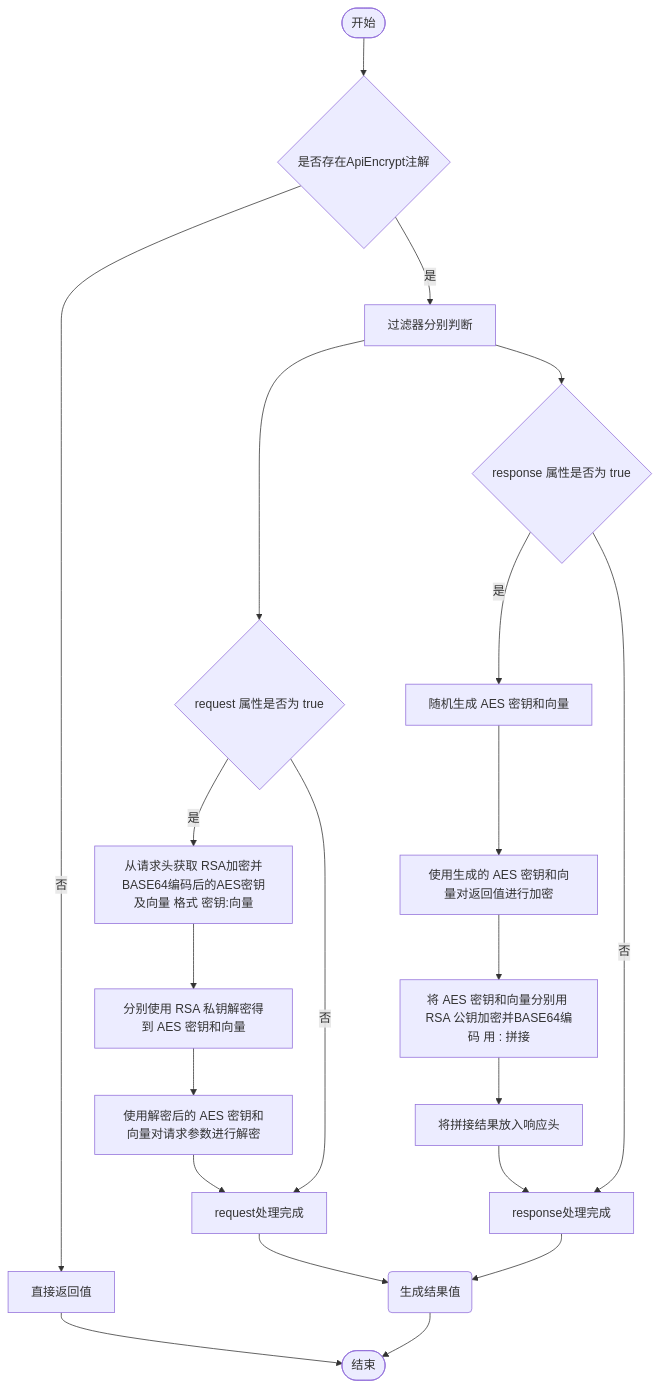
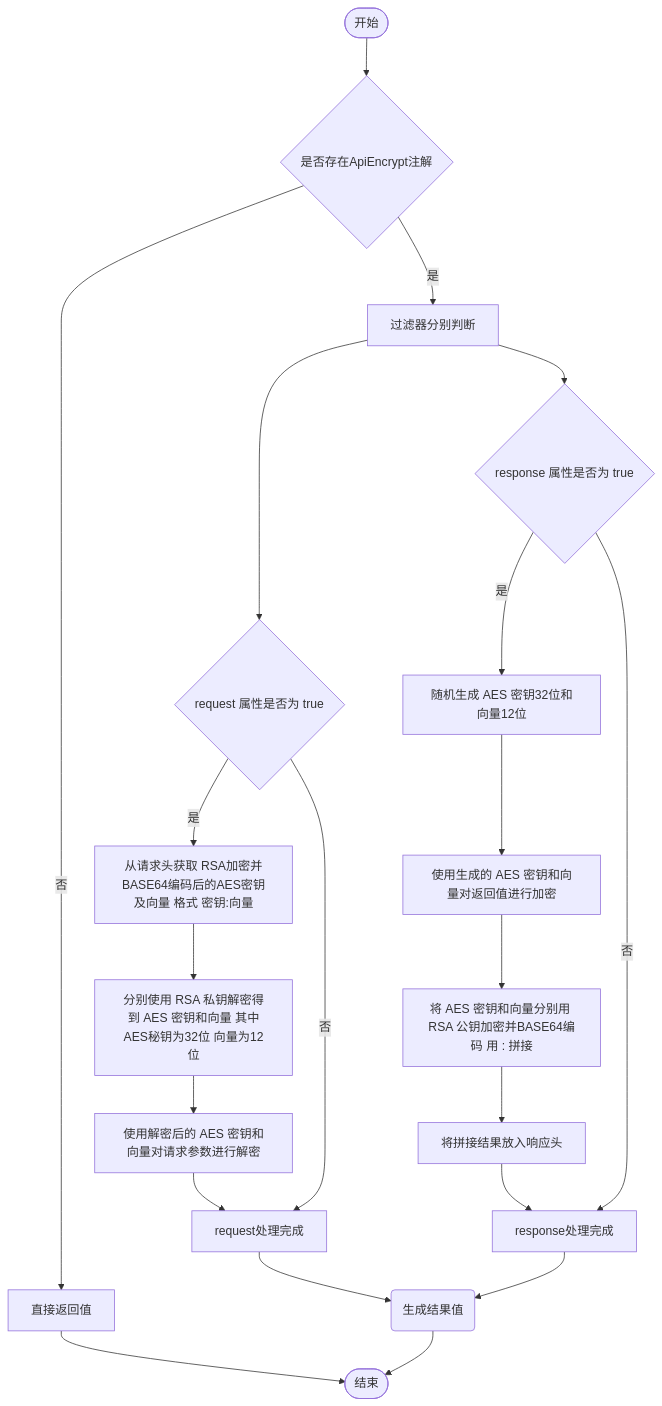
The diagram in README.md (lucknhb/nhb-common), drawn with Mermaid before and after one commit. The commit also changed other lines of this file and 4 other files, not shown here.

````diff
--- a/README.md
+++ b/README.md
@@ -549,24 +549,24 @@
    ```mermaid
    graph TD
        Start([开始]) --> CheckAnnotation{是否存在ApiEncrypt注解}
        CheckAnnotation -- 否 --> ReturnValue[直接返回值] --> End([结束])
        CheckAnnotation -- 是 --> ParallelStart[过滤器分别判断]
-
+   
        ParallelStart --> RequestBranch{request 属性是否为 true}
        ParallelStart --> ResponseBranch{response 属性是否为 true}
-
+   
        RequestBranch -- 是 --> GetHeader[从请求头获取 RSA加密并BASE64编码后的AES密钥及向量 格式 密钥:向量]
-       GetHeader --> DecryptKeyIV[分别使用 RSA 私钥解密得到 AES 密钥和向量]
+       GetHeader --> DecryptKeyIV[分别使用 RSA 私钥解密得到 AES 密钥和向量 其中AES秘钥为32位 向量为12位]
        DecryptKeyIV --> DecryptParams[使用解密后的 AES 密钥和向量对请求参数进行解密] --> RequestEnd[request处理完成]
        RequestBranch -- 否 --> RequestEnd
    
-    ResponseBranch -- 是 --> GenAES[随机生成 AES 密钥和向量]
+       ResponseBranch -- 是 --> GenAES[随机生成 AES 密钥32位和向量12位]
        GenAES --> EncryptResponse[使用生成的 AES 密钥和向量对返回值进行加密]
        EncryptResponse --> EncryptKeyIV[将 AES 密钥和向量分别用 RSA 公钥加密并BASE64编码 用 : 拼接]
        EncryptKeyIV --> SetHeader[将拼接结果放入响应头] --> ResponseEnd[response处理完成]
        ResponseBranch -- 否 --> ResponseEnd
    
        RequestEnd --> Join(生成结果值)
-    ResponseEnd --> Join
+       ResponseEnd --> Join
        Join --> End
    ```
````
